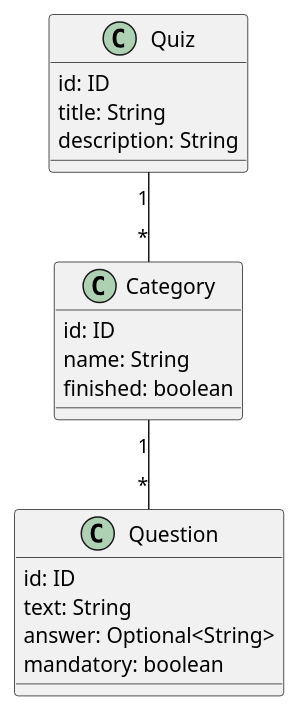
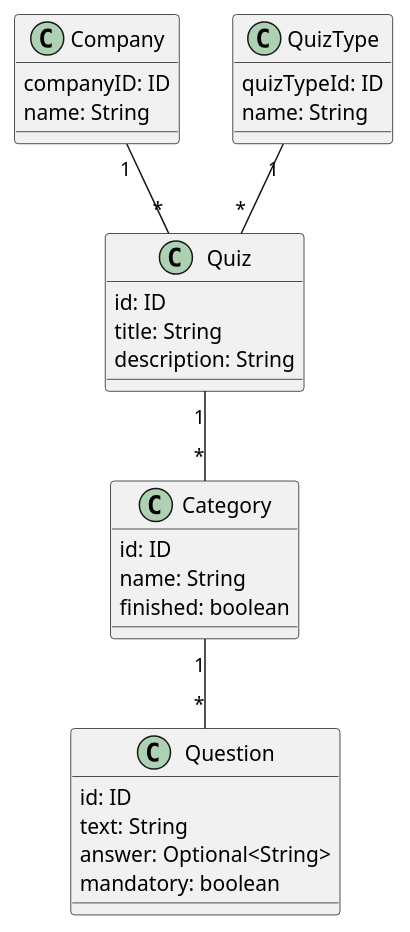
One commit to GoncaloPT/spring-boot-graphql changed the diagram in docs/data-diagram.puml. Above: the diagram before and after it, drawn with PlantUML. The commit also changed 21 other files, not shown here.

```diff
--- a/docs/data-diagram.puml
+++ b/docs/data-diagram.puml
@@ -1,21 +1,34 @@
 @startuml
+
+class Company{
+    companyID: ID
+    name: String
+
+}
 class Quiz{
     id: ID
     title: String
     description: String
 }
 class Category{
     id: ID
     name: String
     finished: boolean
 }
 class Question{
     id: ID
     text: String
     answer: Optional<String>
     mandatory: boolean
 }
 
+class QuizType{
+    quizTypeId: ID
+    name: String
+}
+
+Company "1" -- "*" Quiz
 Quiz "1" -- "*" Category
+QuizType "1" -- "*" Quiz
 Category "1" -- "*" Question
 @enduml
```
